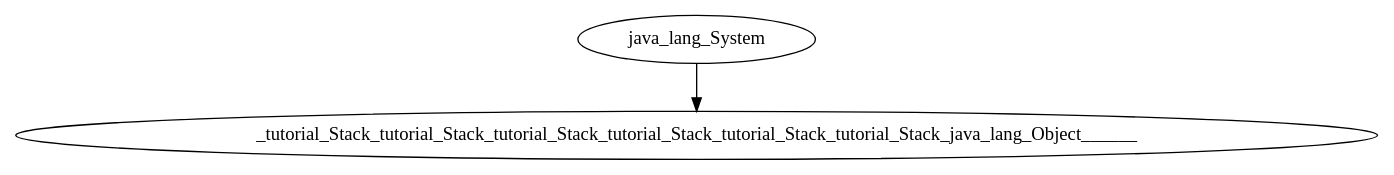
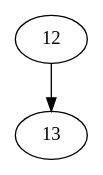
The diagram in randoop-tests-dot/RegressionTest8_test0.dot (yangyixiaof/ConEvoDoop), drawn with Graphviz before and after one commit. The commit also changed 2 other files, not shown here.

```diff
--- a/randoop-tests-dot/RegressionTest8_test0.dot
+++ b/randoop-tests-dot/RegressionTest8_test0.dot
@@ -1,8 +1,8 @@
 digraph {
 
 edge[fontname="SimSun",fontcolor=red];
 node[fontname="SimSun",size="20,20"];
 
-java_lang_System->_tutorial_Stack_tutorial_Stack_tutorial_Stack_tutorial_Stack_tutorial_Stack_tutorial_Stack_java_lang_Object______;
+12->13;
 
 }
```
